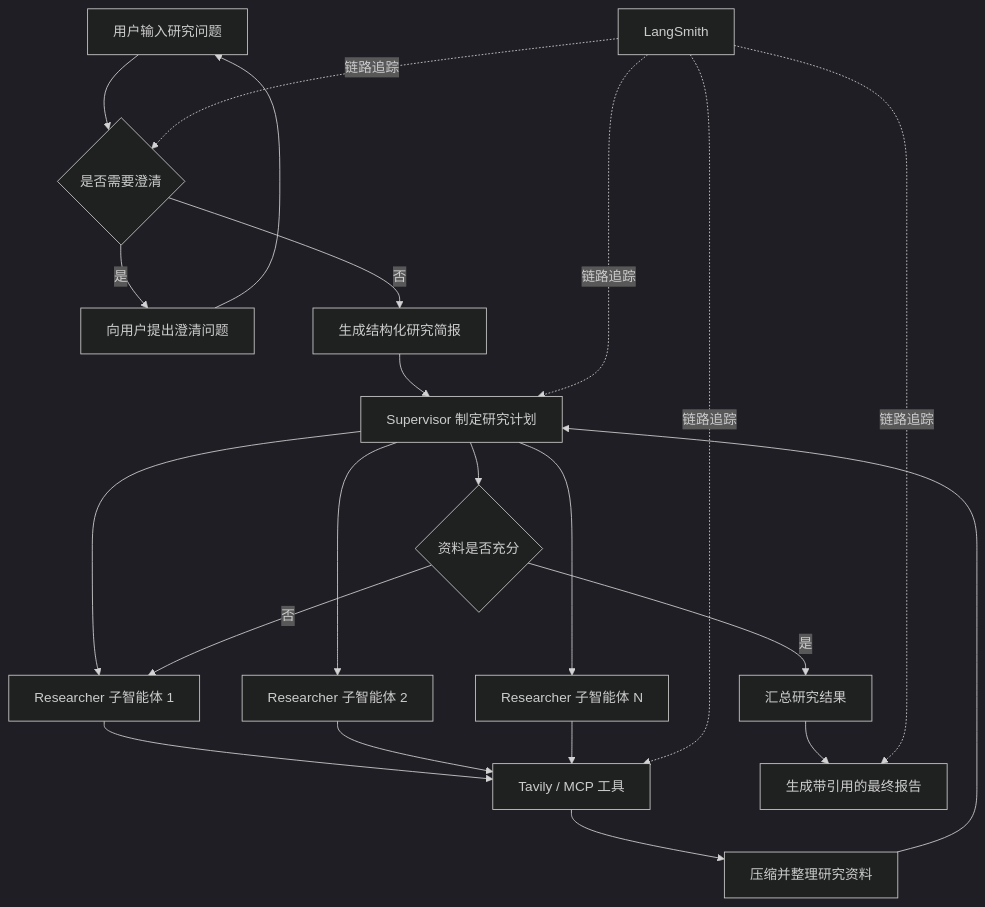
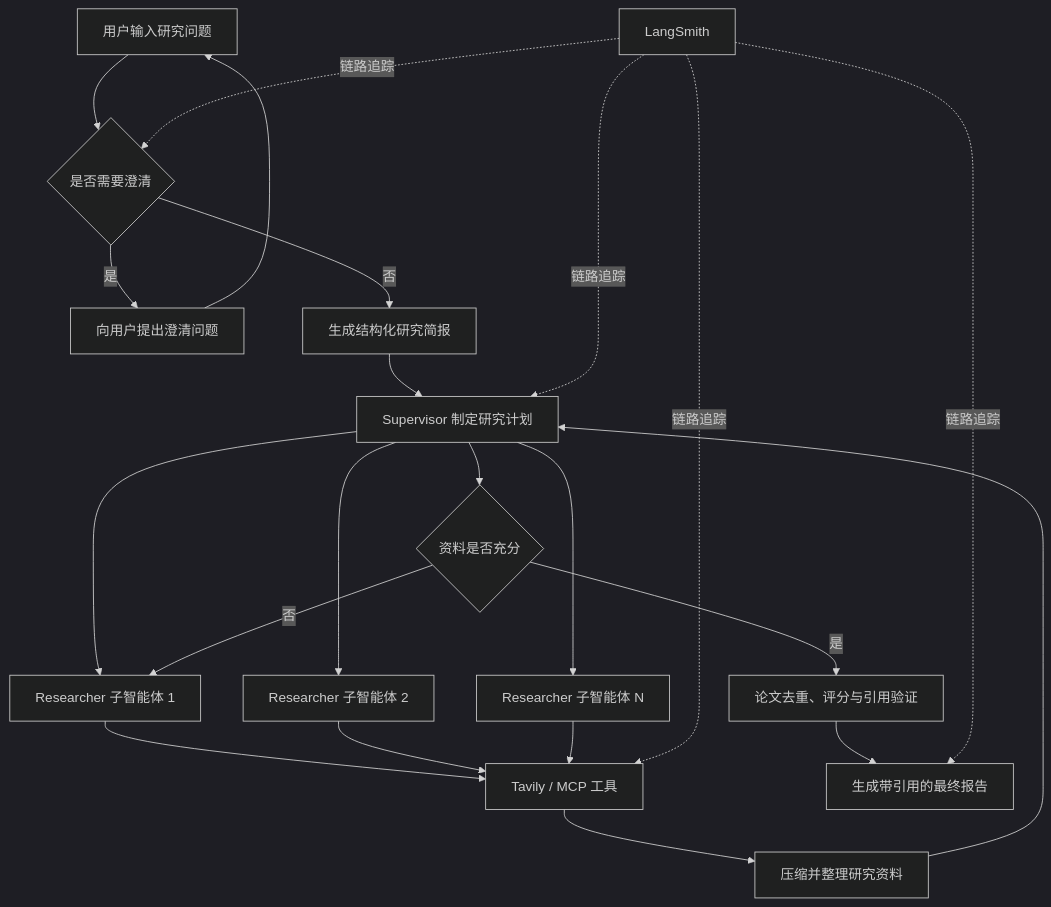
One commit to lyx001124/deep_research changed the diagram in README.md. Above: the diagram before and after it, drawn with Mermaid (dark theme). The commit also changed other lines of this file and 9 other files, not shown here.

````diff
--- a/README.md
+++ b/README.md
@@ -19,25 +21,25 @@
 ```mermaid
 flowchart TD
     A[用户输入研究问题] --> B{是否需要澄清}
     B -- 是 --> C[向用户提出澄清问题]
     C --> A
     B -- 否 --> D[生成结构化研究简报]
     D --> E[Supervisor 制定研究计划]
     E --> F1[Researcher 子智能体 1]
     E --> F2[Researcher 子智能体 2]
     E --> F3[Researcher 子智能体 N]
     F1 --> G[Tavily / MCP 工具]
     F2 --> G
     F3 --> G
     G --> H[压缩并整理研究资料]
     H --> E
     E --> I{资料是否充分}
     I -- 否 --> F1
-    I -- 是 --> J[汇总研究结果]
+    I -- 是 --> J[论文去重、评分与引用验证]
     J --> K[生成带引用的最终报告]
 
     L[LangSmith] -. 链路追踪 .-> B
     L -. 链路追踪 .-> E
     L -. 链路追踪 .-> G
     L -. 链路追踪 .-> K
 ```
````
